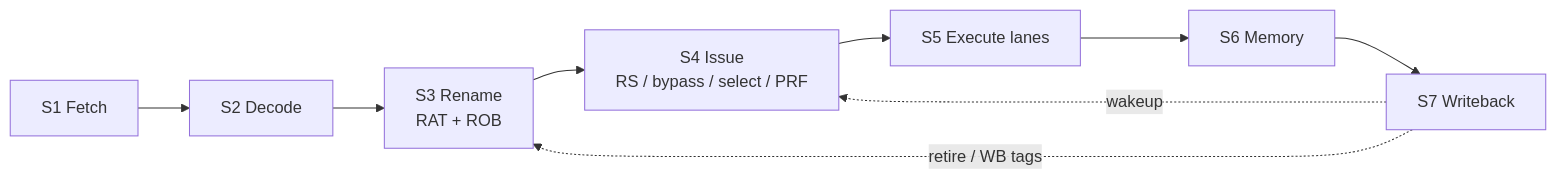
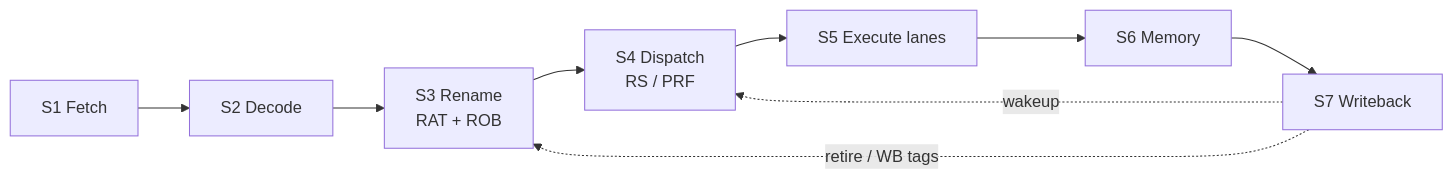
The diagram in README.md (Jin-Y-Chen/RISC-V-Dual-Issue-SIMD-Processor), drawn with Mermaid before and after one commit. The commit also changed other lines of this file and 24 other files, not shown here.

````diff
--- a/README.md
+++ b/README.md
@@ -92,11 +84,11 @@
 ```mermaid
 flowchart LR
   FE[S1 Fetch] --> DE[S2 Decode]
   DE --> RN[S3 Rename<br/>RAT + ROB]
-  RN --> IS[S4 Issue<br/>RS / bypass / select / PRF]
+  RN --> IS[S4 Dispatch<br/>RS / PRF]
   IS --> EX[S5 Execute lanes]
   EX --> ME[S6 Memory]
   ME --> WB[S7 Writeback]
   WB -. retire / WB tags .-> RN
   WB -. wakeup .-> IS
 ```
````
